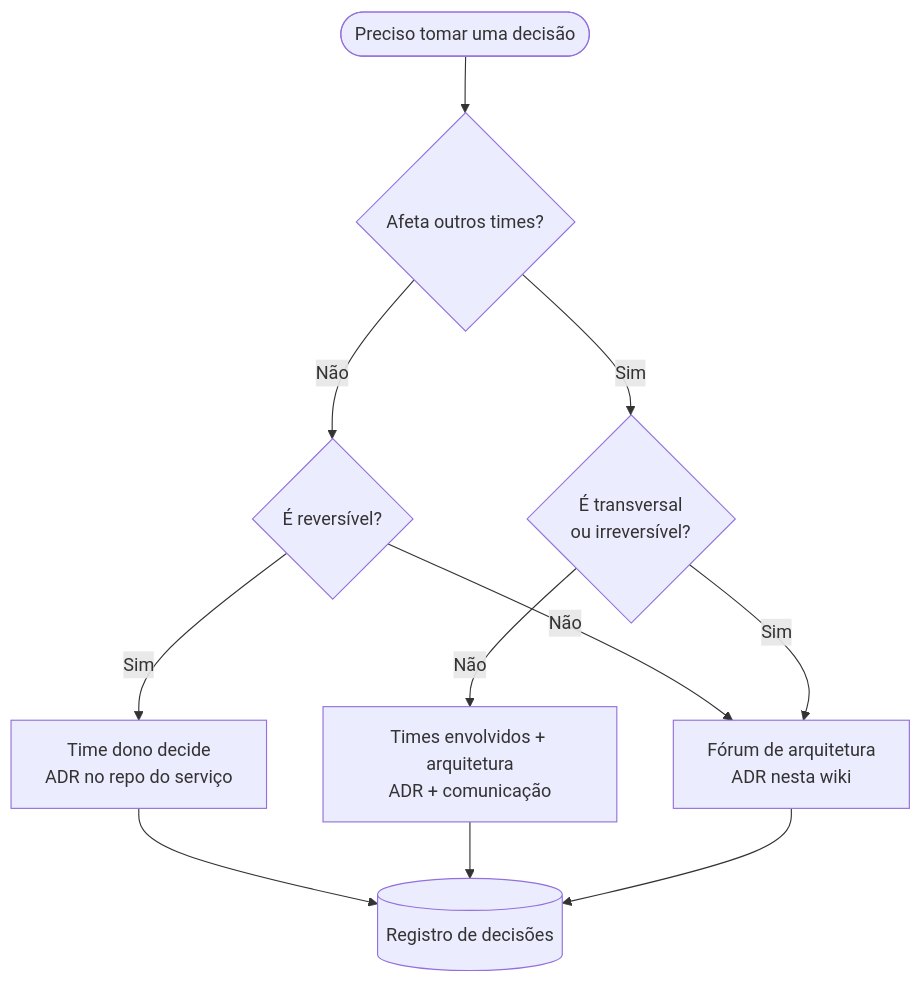
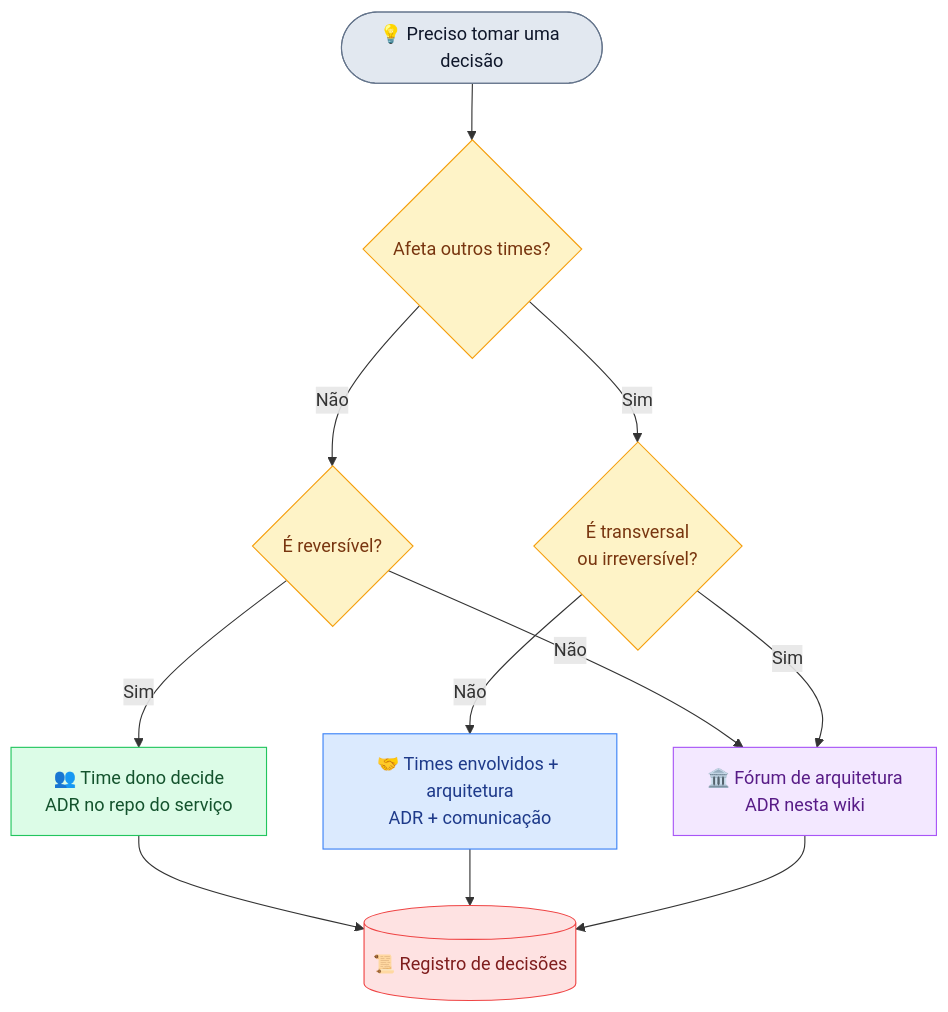
Before and after one commit to edtroleis/techdocs-wikis: the first of 2 diagrams in arquitetura/docs/decisoes/como-decidimos.md, drawn with Mermaid. The commit also changed other lines of this file and 10 other files, not shown here.

````diff
--- a/arquitetura/docs/decisoes/como-decidimos.md
+++ b/arquitetura/docs/decisoes/como-decidimos.md
@@ -11,13 +7,20 @@
 ```mermaid
 flowchart TD
-    inicio([Preciso tomar uma decisão]) --> escopo{Afeta outros times?}
-    escopo -- Não --> reversivel{É reversível?}
-    reversivel -- Sim --> time[Time dono decide<br/>ADR no repo do serviço]
+    inicio([💡 Preciso tomar uma decisão]):::inicio --> escopo{Afeta outros times?}:::pergunta
+    escopo -- Não --> reversivel{É reversível?}:::pergunta
+    reversivel -- Sim --> time[👥 Time dono decide<br/>ADR no repo do serviço]:::time
     reversivel -- Não --> forum
-    escopo -- Sim --> transversal{É transversal<br/>ou irreversível?}
-    transversal -- Não --> envolvidos[Times envolvidos + arquitetura<br/>ADR + comunicação]
-    transversal -- Sim --> forum[Fórum de arquitetura<br/>ADR nesta wiki]
-    time --> registro[(Registro de decisões)]
+    escopo -- Sim --> transversal{É transversal<br/>ou irreversível?}:::pergunta
+    transversal -- Não --> envolvidos[🤝 Times envolvidos + arquitetura<br/>ADR + comunicação]:::envolvidos
+    transversal -- Sim --> forum[🏛️ Fórum de arquitetura<br/>ADR nesta wiki]:::forum
+    time --> registro[(📜 Registro de decisões)]:::registro
     envolvidos --> registro
     forum --> registro
+
+    classDef inicio fill:#e2e8f0,stroke:#64748b,color:#0f172a
+    classDef pergunta fill:#fef3c7,stroke:#f59e0b,color:#78350f
+    classDef time fill:#dcfce7,stroke:#22c55e,color:#14532d
+    classDef envolvidos fill:#dbeafe,stroke:#3b82f6,color:#1e3a8a
+    classDef forum fill:#f3e8ff,stroke:#a855f7,color:#581c87
+    classDef registro fill:#fee2e2,stroke:#ef4444,color:#7f1d1d
 ```
````
